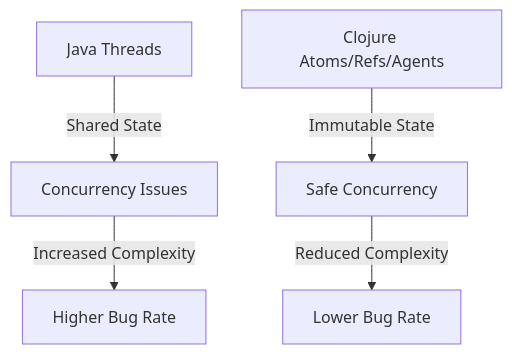
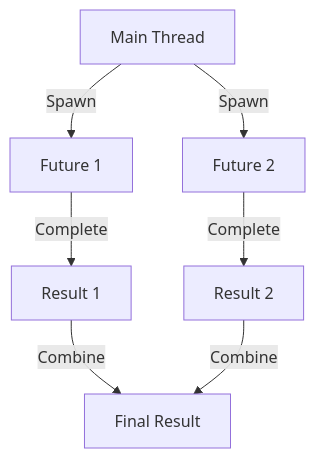
Before and after one commit to MasteryEducation/ClojureForJava.com: the second of 2 diagrams in content/3/19/3/index.md, drawn with Mermaid. The commit also changed other lines of this file and 74 other files, not shown here.

````diff
--- a/content/3/19/3/index.md
+++ b/content/3/19/3/index.md
@@ -154,7 +181,9 @@
 ```mermaid
 graph TD;
-    E[Java Threads] -->|Shared State| F[Concurrency Issues]
-    G[Clojure Atoms/Refs/Agents] -->|Immutable State| H[Safe Concurrency]
-    F -->|Increased Complexity| I[Higher Bug Rate]
-    H -->|Reduced Complexity| J[Lower Bug Rate]
+    A[Main Thread] -->|Spawn| B[Future 1];
+    A -->|Spawn| C[Future 2];
+    B -->|Complete| D[Result 1];
+    C -->|Complete| E[Result 2];
+    D -->|Combine| F[Final Result];
+    E -->|Combine| F;
 ```
````
